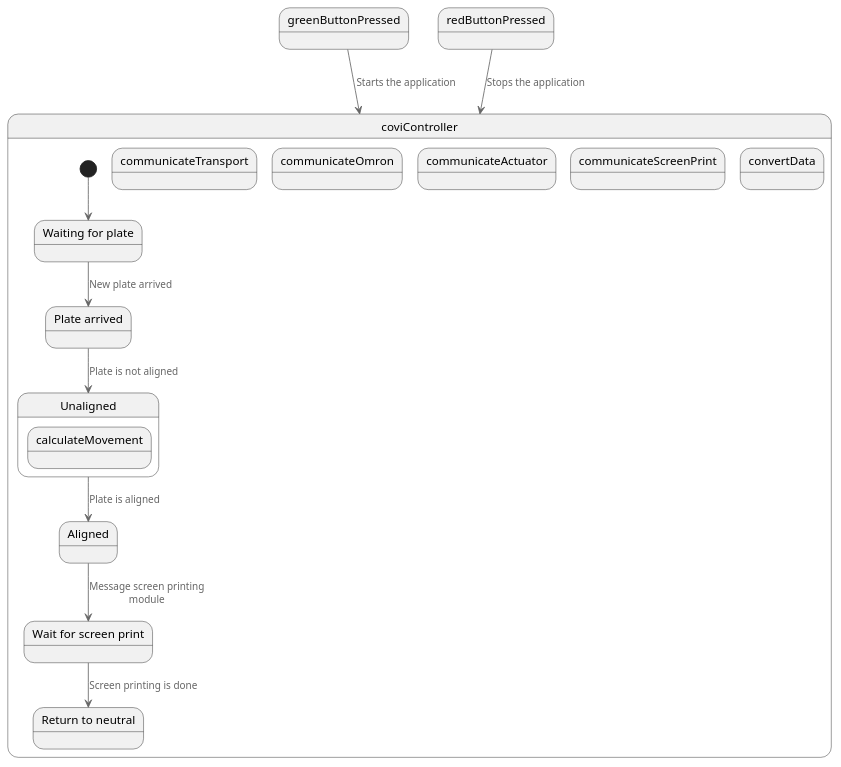
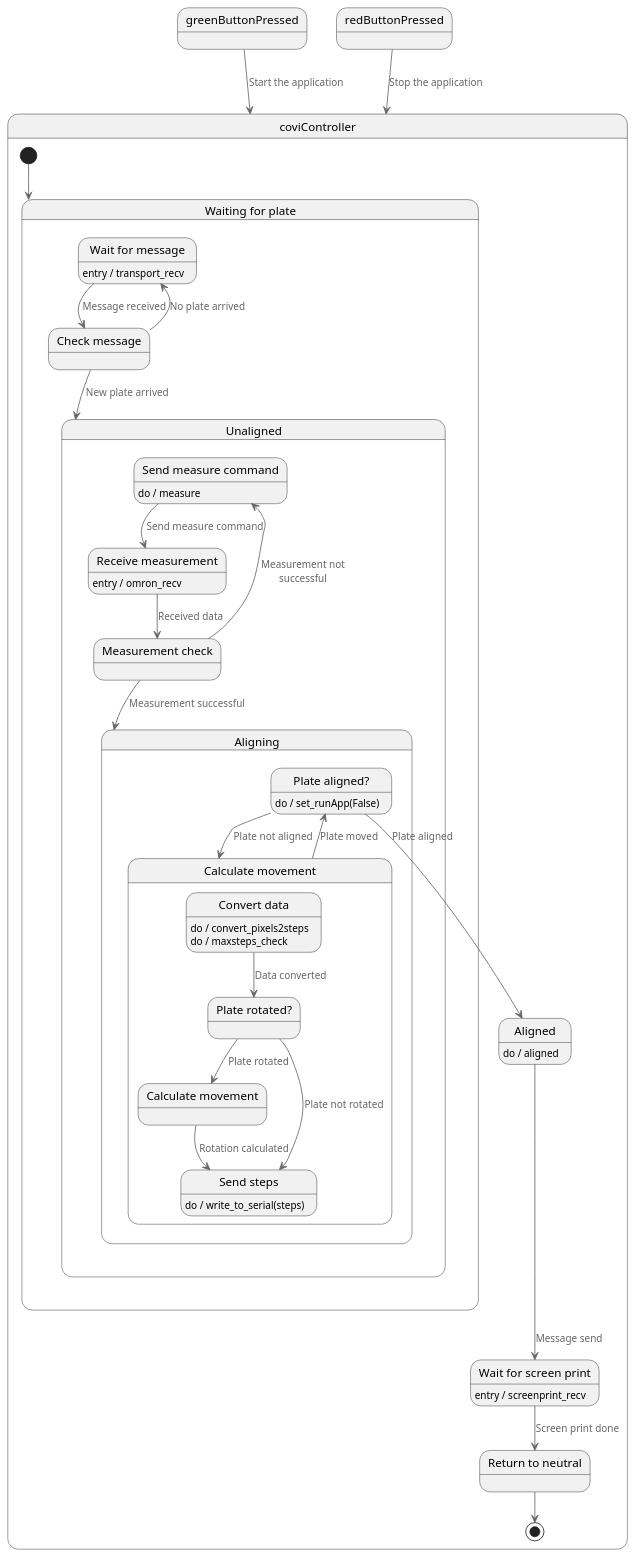
The diagram in C4 Model/CoViC4Code.puml (ricardosnabel/AWL-SPA), drawn with PlantUML before and after one commit. The commit also changed 4 other files, not shown here.

Commit message:
Created C4 State diagrams

```diff
--- a/C4 Model/CoViC4Code.puml
+++ b/C4 Model/CoViC4Code.puml
@@ -1,40 +1,59 @@
 @startuml CoViCode
 !include https://raw.githubusercontent.com/plantuml-stdlib/C4-PlantUML/master/C4.puml
 
 state coviController{
     state "Waiting for plate" as waitforplate {
-    }
-    state "Plate arrived" as platearrived {
+        state "Wait for message" as transportrecv : entry / transport_recv
+        state "Check message" as transportcheck
 
+        transportrecv --> transportcheck : Message received
+        transportcheck --> unaligned : New plate arrived
+        transportcheck --> transportrecv : No plate arrived
     }
     state "Unaligned" as unaligned {
-        state calculateMovement
+        state "Send measure command" as omronsendmeasure : do / measure
+        state "Receive measurement" as omronrecvmeasure : entry / omron_recv
+        state "Measurement check" as omroncheck
+
+        omronsendmeasure --> omronrecvmeasure : Send measure command
+        omronrecvmeasure --> omroncheck : Received data
+        omroncheck --> aligning : Measurement successful
+        omroncheck --> omronsendmeasure : Measurement not successful
     }
-    state "Aligned" as aligned
-    state "Wait for screen print" as waitforscreenprint
-    state "Return to neutral" as returntoneutral {
+    state "Aligning" as aligning {
+        state "Plate aligned?" as alignedcheck : do / set_runApp(False)
+        state "Calculate movement" as calculatemovement{
+            state "Convert data" as convertdata : do / convert_pixels2steps
+            convertdata : do / maxsteps_check
+            state "Plate rotated?" as rotationcheck
+            state "Calculate movement" as rotationcalc
+            state "Send steps" as actuatorsend : do / write_to_serial(steps)
 
+            convertdata --> rotationcheck : Data converted
+            rotationcheck --> rotationcalc : Plate rotated
+            rotationcalc --> actuatorsend : Rotation calculated
+            rotationcheck --> actuatorsend : Plate not rotated
+        }
+        
+        alignedcheck --> calculatemovement : Plate not aligned
+        calculatemovement --> alignedcheck : Plate moved
     }
 
-    state communicateTransport
-    state communicateOmron
-    state communicateActuator
-    state communicateScreenPrint
-    state convertData
+    state "Aligned" as aligned : do / aligned
+    state "Wait for screen print" as waitforscreenprint : entry / screenprint_recv
+    state "Return to neutral" as returntoneutral
 
     [*] --> waitforplate
-    waitforplate --> platearrived : New plate arrived
-    platearrived --> unaligned : Plate is not aligned
-    unaligned --> aligned : Plate is aligned
-    aligned --> waitforscreenprint : Message screen printing module
-    waitforscreenprint --> returntoneutral : Screen printing is done
-
+    alignedcheck --> aligned : Plate aligned
+    aligned --> waitforscreenprint : Message send
+    waitforscreenprint --> returntoneutral : Screen print done
+    returntoneutral --> [*]
 }
 
 state greenButtonPressed
 state redButtonPressed
 
-greenButtonPressed --> coviController : Starts the application
-redButtonPressed --> coviController : Stops the application
+greenButtonPressed --> coviController : Start the application
+redButtonPressed --> coviController : Stop the application
 
 @enduml
```
